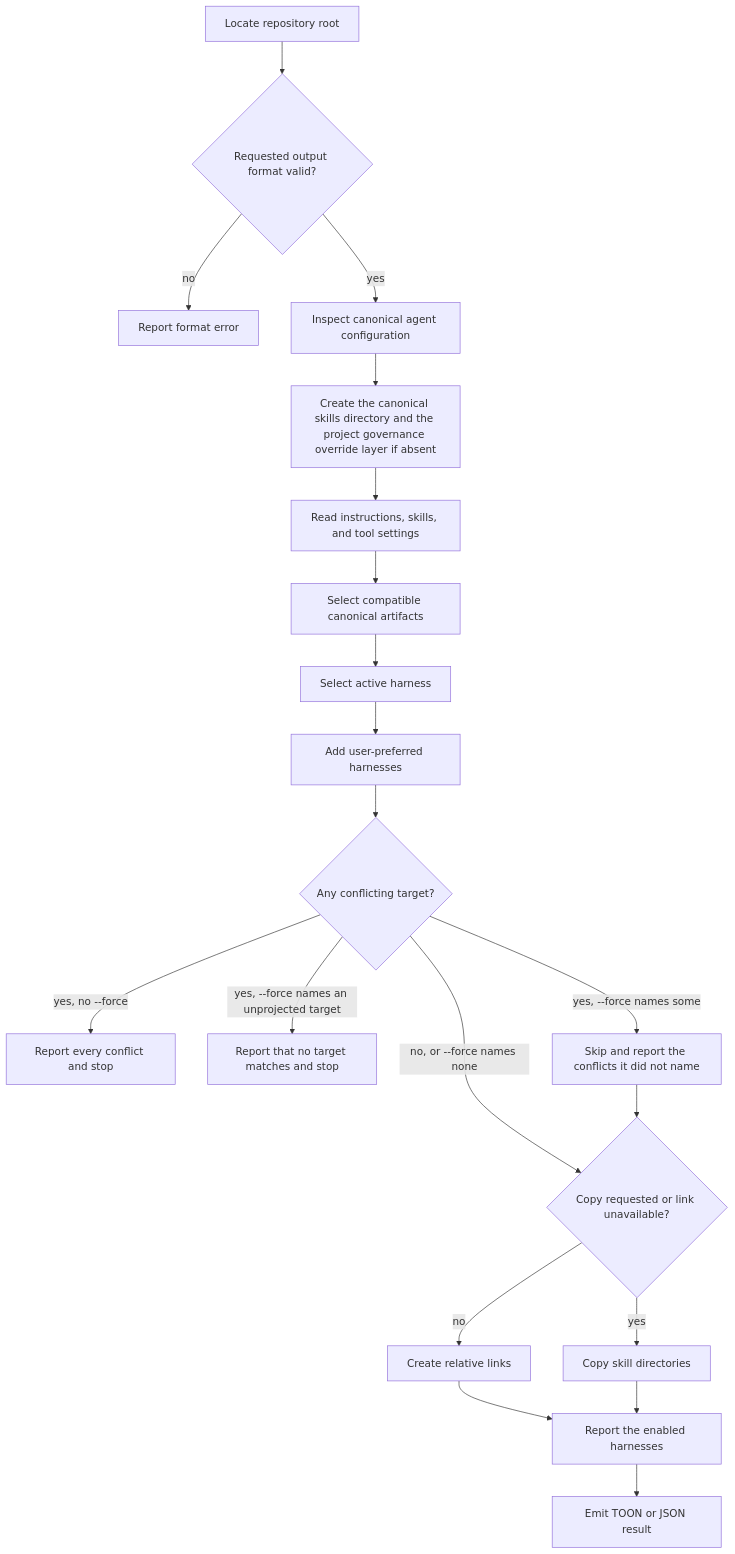
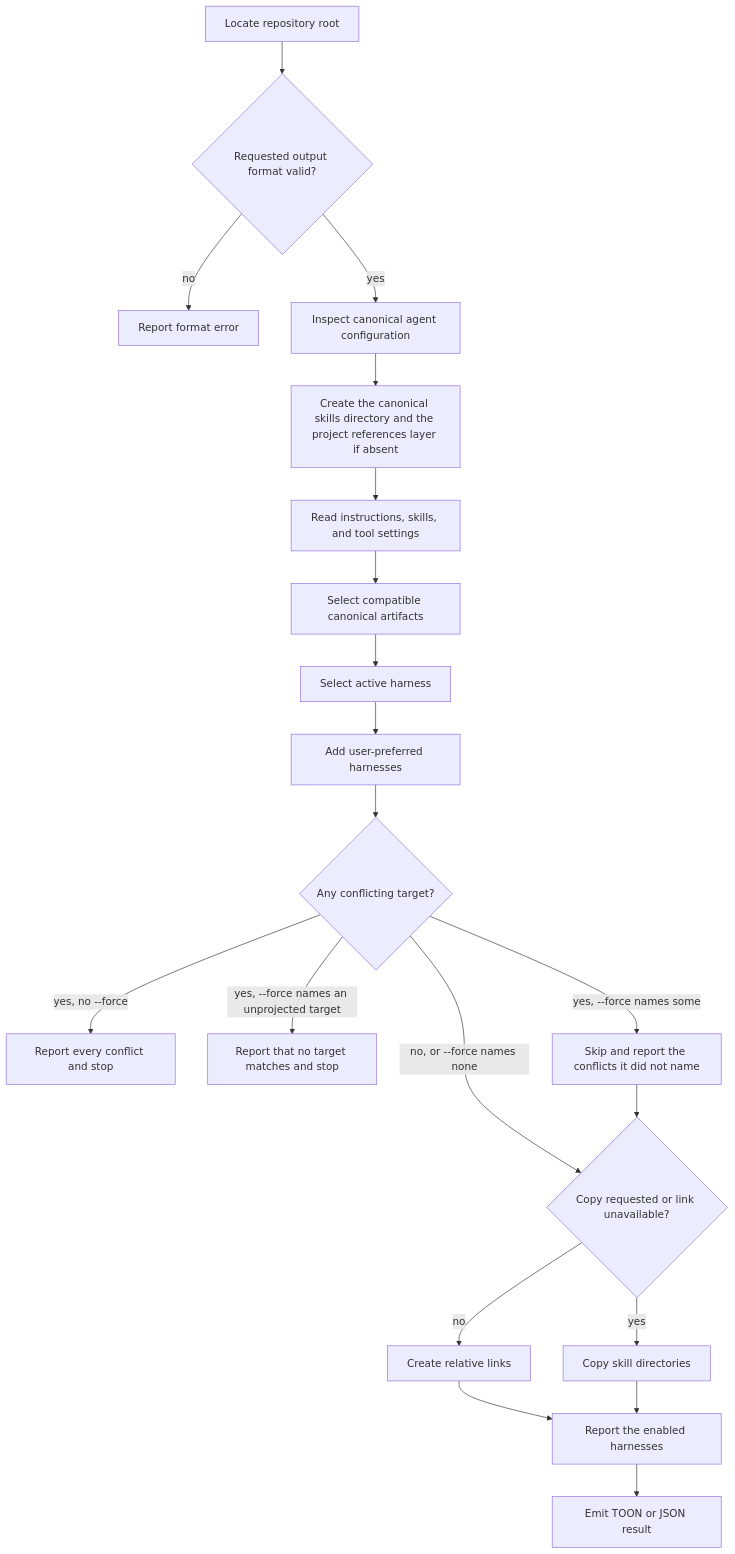
One commit to repobuddy/buddy-agent-harness changed the diagram in packages/buddy-agent-harness/.agents/spec/skills/harness-init/README.md. Above: the diagram before and after it, drawn with Mermaid. The commit also changed other lines of this file and 5 other files, not shown here.

````diff
--- a/packages/buddy-agent-harness/.agents/spec/skills/harness-init/README.md
+++ b/packages/buddy-agent-harness/.agents/spec/skills/harness-init/README.md
@@ -37,22 +37,22 @@
 ```mermaid
 flowchart TD
   A[Locate repository root] --> B{Requested output format valid?}
   B -->|no| C[Report format error]
   B -->|yes| D[Inspect canonical agent configuration]
-  D --> D2[Create the canonical skills directory and the project governance override layer if absent]
+  D --> D2[Create the canonical skills directory and the project references layer if absent]
   D2 --> E[Read instructions, skills, and tool settings]
   E --> F[Select compatible canonical artifacts]
   F --> G[Select active harness]
   G --> H[Add user-preferred harnesses]
   H --> I{Any conflicting target?}
   I -->|yes, no --force| J[Report every conflict and stop]
   I -->|yes, --force names an unprojected target| P[Report that no target matches and stop]
   I -->|yes, --force names some| Q[Skip and report the conflicts it did not name]
   I -->|no, or --force names none| K{Copy requested or link unavailable?}
   Q --> K
   K -->|no| L[Create relative links]
   K -->|yes| M[Copy skill directories]
   L --> N[Report the enabled harnesses]
   M --> N
   N --> O[Emit TOON or JSON result]
 ```
````
